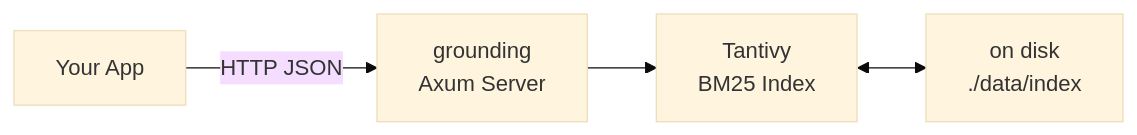
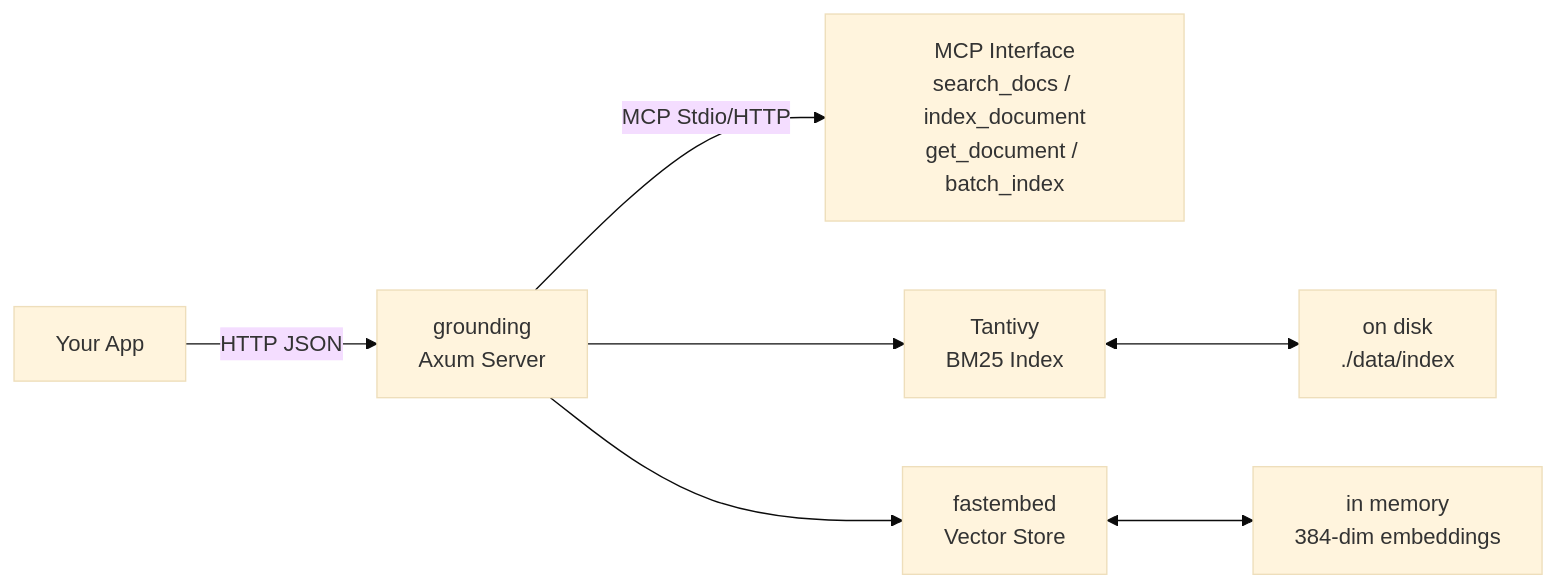
Before and after one commit to gothammm/grounding: the diagram in README.md, drawn with Mermaid (base theme). The commit also changed other lines of this file, not shown here.

Commit message:
docs: update README for hybrid search, fix outdated references

````diff
--- a/README.md
+++ b/README.md
@@ -115,6 +110,9 @@
 ```mermaid
 flowchart LR
     A[Your App] -- HTTP JSON --> B[grounding<br/>Axum Server]
+    B -- MCP Stdio/HTTP --> M[MCP Interface<br/>search_docs / index_document<br/>get_document / batch_index]
     B --> C[Tantivy<br/>BM25 Index]
     C <--> D[on disk<br/>./data/index]
+    B --> E[fastembed<br/>Vector Store]
+    E <--> F[in memory<br/>384-dim embeddings]
 ```
````
